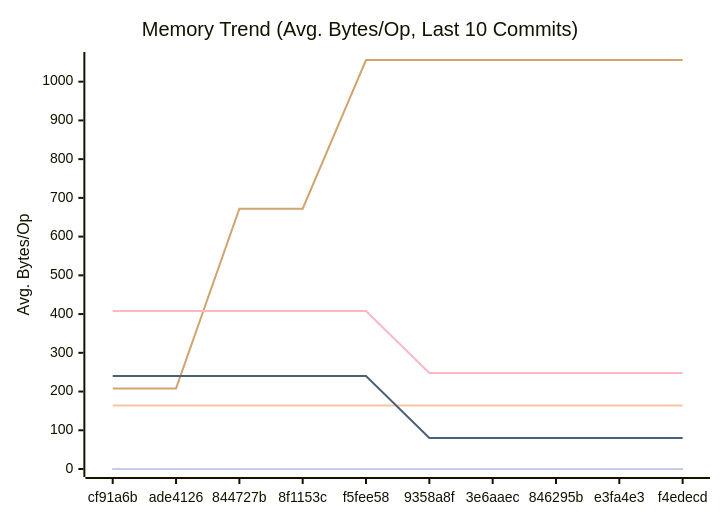
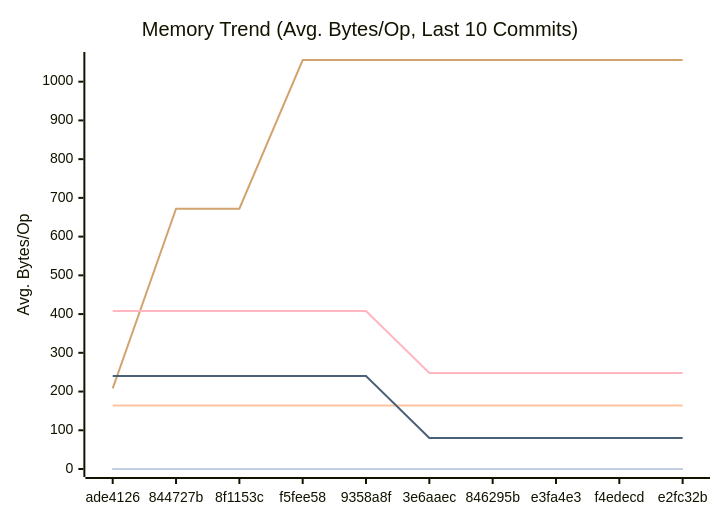
One commit to alsotoes/momo changed the second of 3 diagrams in docs/PERFORMANCE.md. Above: the diagram before and after it, drawn with Mermaid. The commit also changed other lines of this file and 2 other files, not shown here.

````diff
--- a/docs/PERFORMANCE.md
+++ b/docs/PERFORMANCE.md
@@ -97,16 +97,16 @@
 ```mermaid
 xychart-beta
     title "Memory Trend (Avg. Bytes/Op, Last 10 Commits)"
     x-axis "Commit"
     y-axis "Avg. Bytes/Op"
-    x-axis [cf91a6b,ade4126,844727b,8f1153c,f5fee58,9358a8f,3e6aaec,846295b,e3fa4e3,f4edecd]
+    x-axis [ade4126,844727b,8f1153c,f5fee58,9358a8f,3e6aaec,846295b,e3fa4e3,f4edecd,e2fc32b]
     line "CheckMetricsAndSwap" [0,0,0,0,0,0,0,0,0,0]
     line "CrushOptimized" [0,0,0,0,0,0,0,0,0,0]
     line "CrushOriginal" [164,164,164,164,164,164,164,164,164,164]
     line "IndexDirectTracking" [0,0,0,0,0,0,0,0,0,0]
     line "IndexSearch" [0,0,0,0,0,0,0,0,0,0]
-    line "LoadGlobalConfig" [208,208,672,672,1056,1056,1056,1056,1056,1056]
+    line "LoadGlobalConfig" [208,672,672,1056,1056,1056,1056,1056,1056,1056]
     line "PadString" [0,0,0,0,0,0,0,0,0,0]
     line "ParseReplicationOrder_NoPrealloc" [408,408,408,408,408,248,248,248,248,248]
     line "ParseReplicationOrder_Prealloc" [240,240,240,240,240,80,80,80,80,80]
 ```
````
